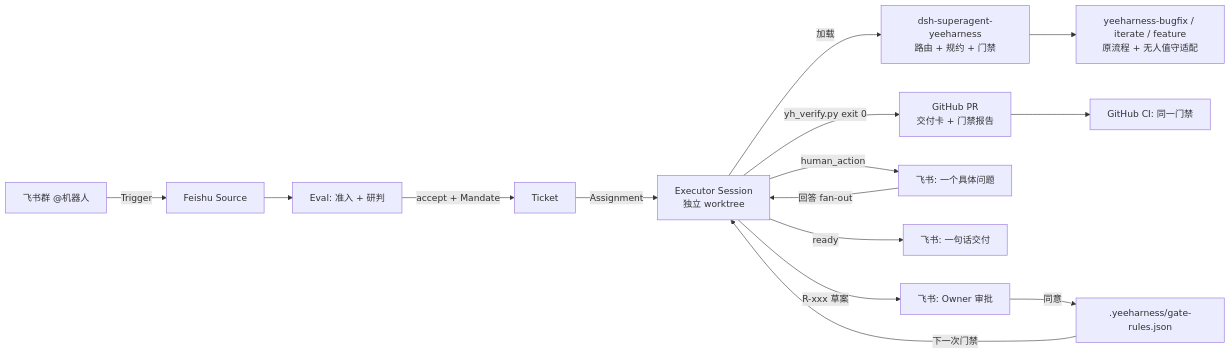
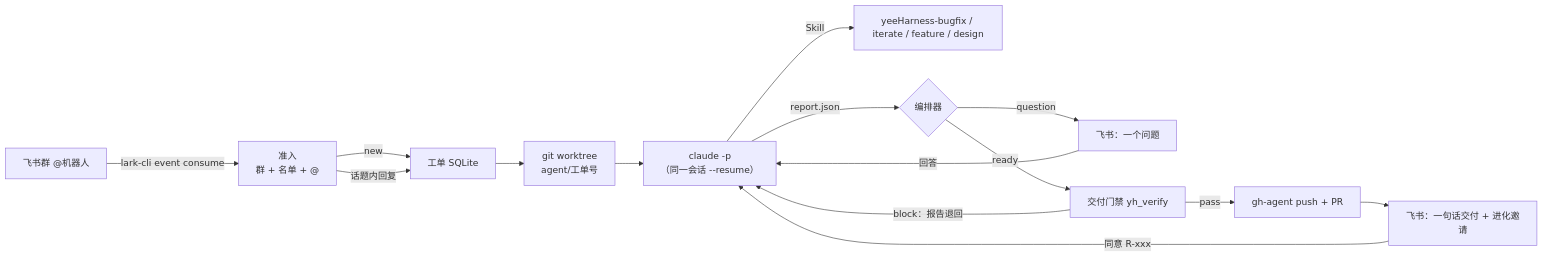
The diagram in docs/architecture.md (NecoLiang/yeepay_harness_autopilot), drawn with Mermaid before and after one commit. The commit also changed other lines of this file and 48 other files, not shown here.

First line of the commit message:
feat: replace dsh with a Claude Code headless orchestrator

````diff
--- a/docs/architecture.md
+++ b/docs/architecture.md
@@ -3,17 +3,17 @@
 ```mermaid
 flowchart LR
-  F[飞书群 @机器人] -->|Trigger| S[Feishu Source]
-  S --> E[Eval: 准入 + 研判]
-  E -->|accept + Mandate| T[Ticket]
-  T -->|Assignment| W[Executor Session<br/>独立 worktree]
-  W -->|加载| R[dsh-superagent-yeeharness<br/>路由 + 规约 + 门禁]
-  R --> B[yeeharness-bugfix / iterate / feature<br/>原流程 + 无人值守适配]
-  W -->|yh_verify.py exit 0| PR[GitHub PR<br/>交付卡 + 门禁报告]
-  PR --> CI[GitHub CI: 同一门禁]
-  W -->|human_action| Q[飞书: 一个具体问题]
-  Q -->|回答 fan-out| W
-  W -->|ready| F2[飞书: 一句话交付]
-  W -->|R-xxx 草案| Q2[飞书: Owner 审批]
-  Q2 -->|同意| G[.yeeharness/gate-rules.json]
-  G -->|下一次门禁| W
+  F[飞书群 @机器人] -->|lark-cli event consume| A[准入<br/>群 + 名单 + @]
+  A -->|new| T[工单 SQLite]
+  A -->|话题内回复| T
+  T --> W[git worktree<br/>agent/工单号]
+  W --> C["claude -p<br/>（同一会话 --resume）"]
+  C -->|Skill| S[yeeHarness-bugfix / iterate / feature / design]
+  C -->|report.json| E{编排器}
+  E -->|question| Q[飞书：一个问题]
+  Q -->|回答| C
+  E -->|ready| G[交付门禁 yh_verify]
+  G -->|block：报告退回| C
+  G -->|pass| P[gh-agent push + PR]
+  P --> D[飞书：一句话交付 + 进化邀请]
+  D -->|同意 R-xxx| C
 ```
````
